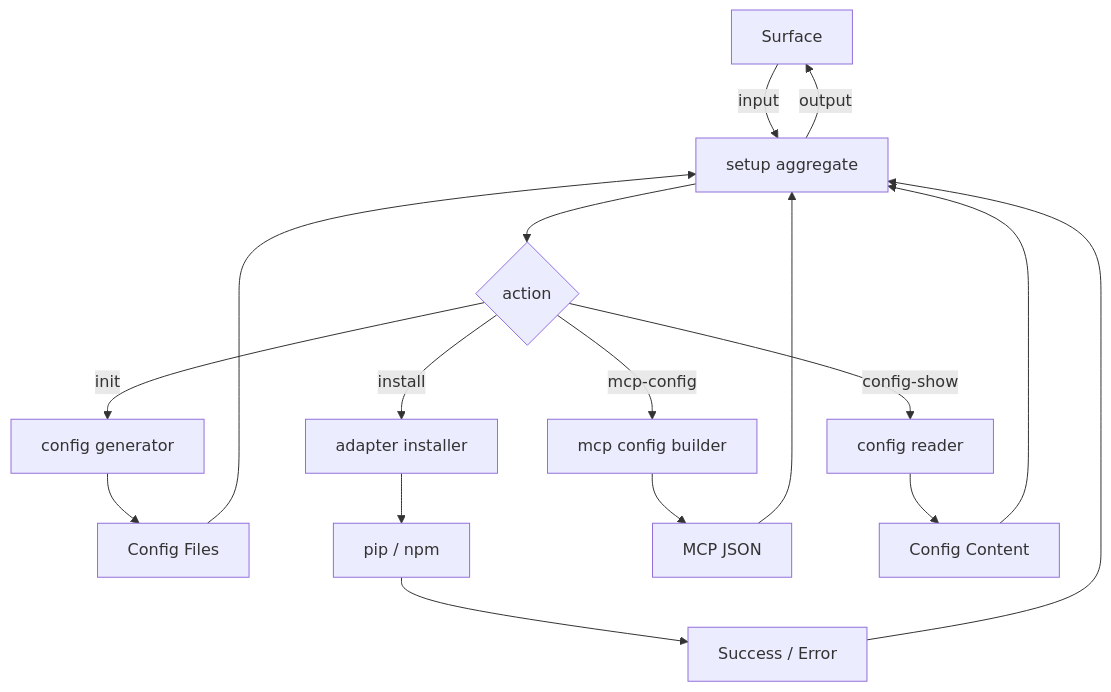
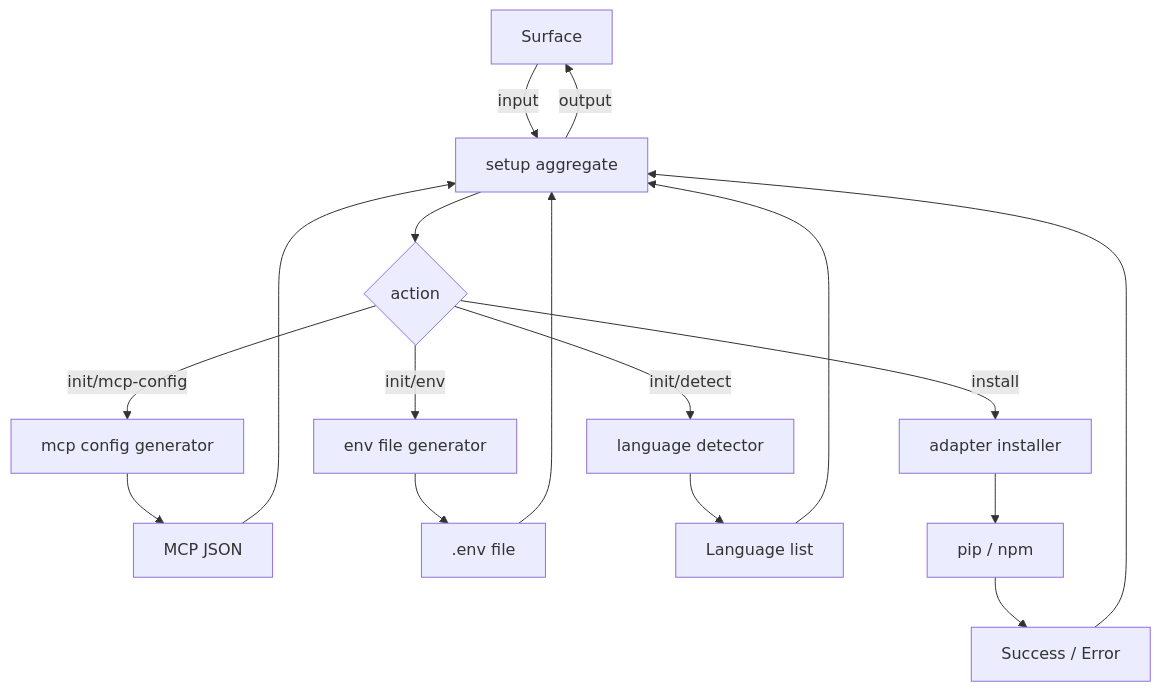
One commit to rakaarwaky/lint-arwaky changed the diagram in crates/project-setup/FRD.md. Above: the diagram before and after it, drawn with Mermaid. The commit also changed other lines of this file and 20 other files, not shown here.

````diff
--- a/crates/project-setup/FRD.md
+++ b/crates/project-setup/FRD.md
@@ -32,23 +31,23 @@
 ```mermaid
 flowchart TD
     A["Surface"] -->|input| B["setup aggregate"]
     B --> C{"action"}
 
-    C -->|"init"| D["config generator"]
-    C -->|"install"| E["adapter installer"]
-    C -->|"mcp-config"| F["mcp config builder"]
-    C -->|"config-show"| G["config reader"]
+    C -->|"init/mcp-config"| D["mcp config generator"]
+    C -->|"init/env"| E["env file generator"]
+    C -->|"init/detect"| F["language detector"]
+    C -->|"install"| G["adapter installer"]
 
-    D --> H["Config Files"]
-    E --> I["pip / npm"]
-    I --> J["Success / Error"]
-    F --> K["MCP JSON"]
-    G --> L["Config Content"]
+    D --> H["MCP JSON"]
+    E --> I[".env file"]
+    F --> J["Language list"]
+    G --> K["pip / npm"]
+    K --> L["Success / Error"]
 
     H --> B
+    I --> B
     J --> B
-    K --> B
     L --> B
     B -->|output| A
 
 ```
````
